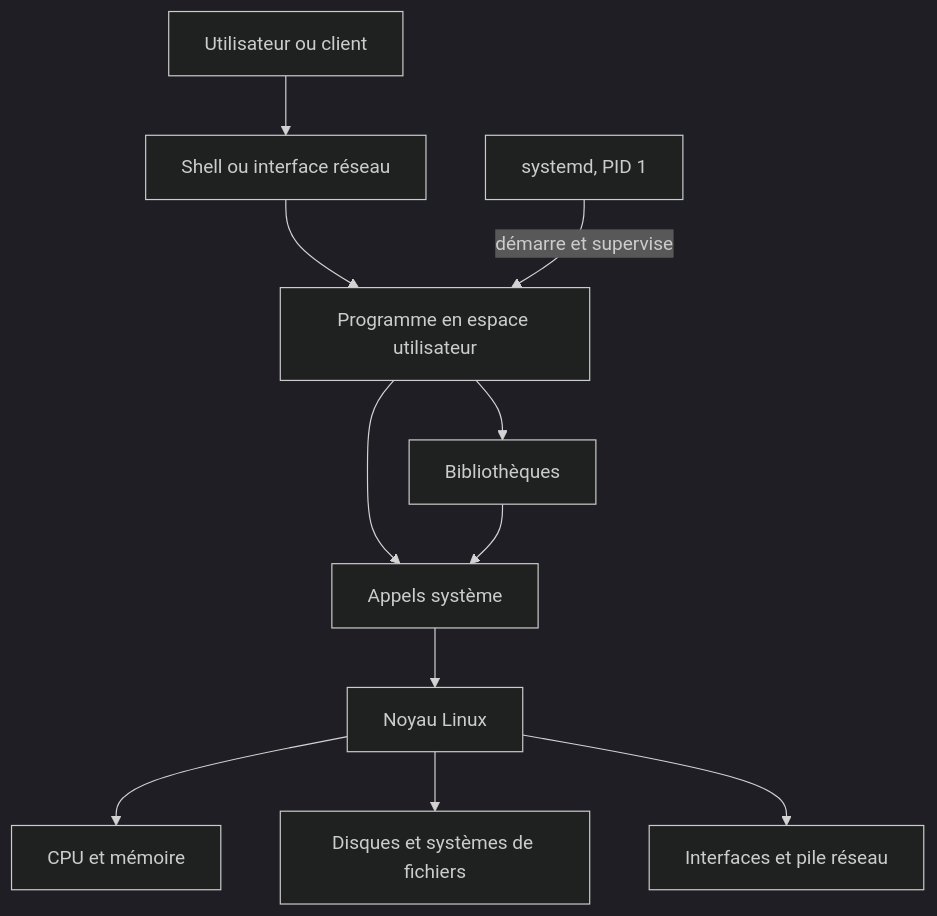
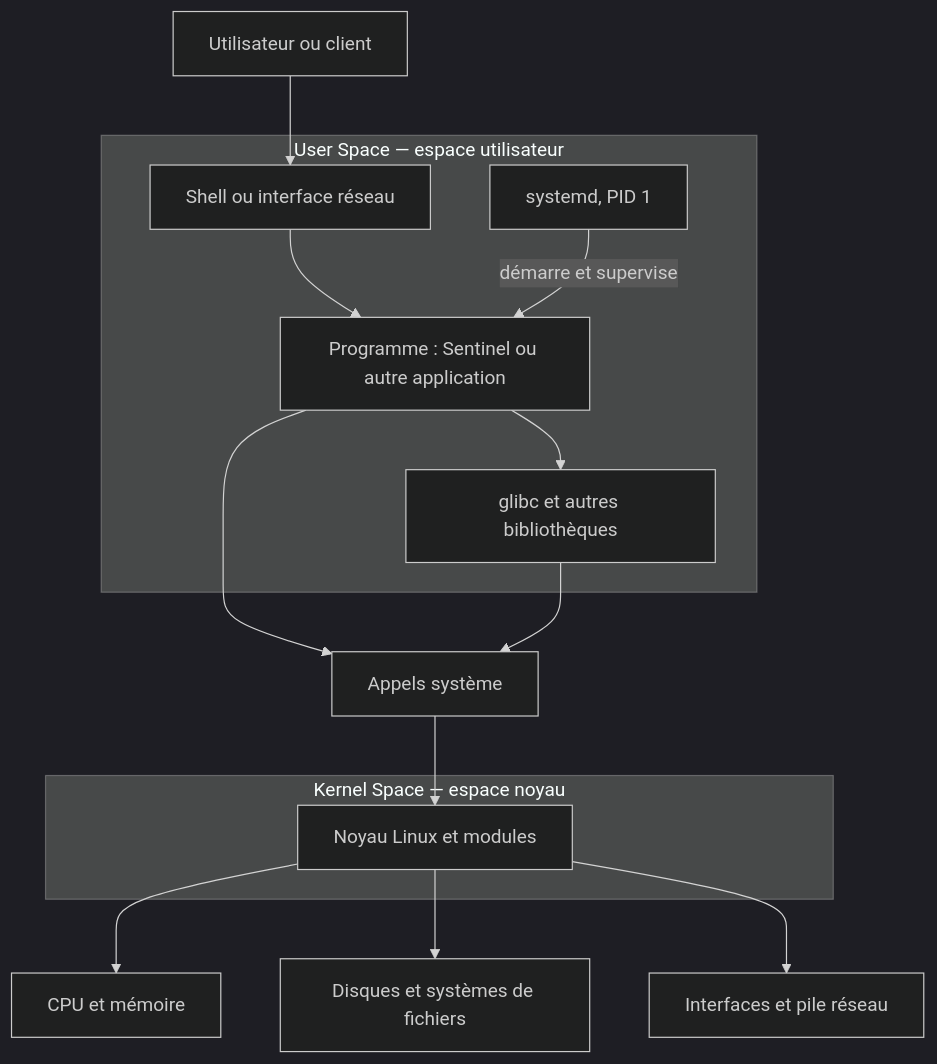
The first of 4 diagrams in campagne 1/1.3-composants-systeme-linux.md (tdelaclos/formations), drawn with Mermaid (dark theme) before and after one commit. The commit also changed other lines of this file, not shown here.

Commit message:
Restaurer glibc et la frontière kernel space

````diff
--- a/campagne 1/1.3-composants-systeme-linux.md
+++ b/campagne 1/1.3-composants-systeme-linux.md
@@ -44,13 +44,23 @@
 ```mermaid
 flowchart TB
-    User["Utilisateur ou client"] --> Shell["Shell ou interface réseau"]
-    Shell --> Program["Programme en espace utilisateur"]
-    Program --> Lib["Bibliothèques"]
+    User["Utilisateur ou client"]
+    subgraph UserSpace["User Space — espace utilisateur"]
+        Shell["Shell ou interface réseau"]
+        Program["Programme : Sentinel ou autre application"]
+        Lib["glibc et autres bibliothèques"]
+        Systemd["systemd, PID 1"]
+    end
+    User --> Shell
+    Shell --> Program
+    Program --> Lib
     Program --> Syscall["Appels système"]
     Lib --> Syscall
-    Syscall --> Kernel["Noyau Linux"]
+    subgraph KernelSpace["Kernel Space — espace noyau"]
+        Kernel["Noyau Linux et modules"]
+    end
+    Syscall --> Kernel
     Kernel --> CPU["CPU et mémoire"]
     Kernel --> Disk["Disques et systèmes de fichiers"]
     Kernel --> Net["Interfaces et pile réseau"]
-    Systemd["systemd, PID 1"] -->|démarre et supervise| Program
+    Systemd -->|démarre et supervise| Program
 ```
````
